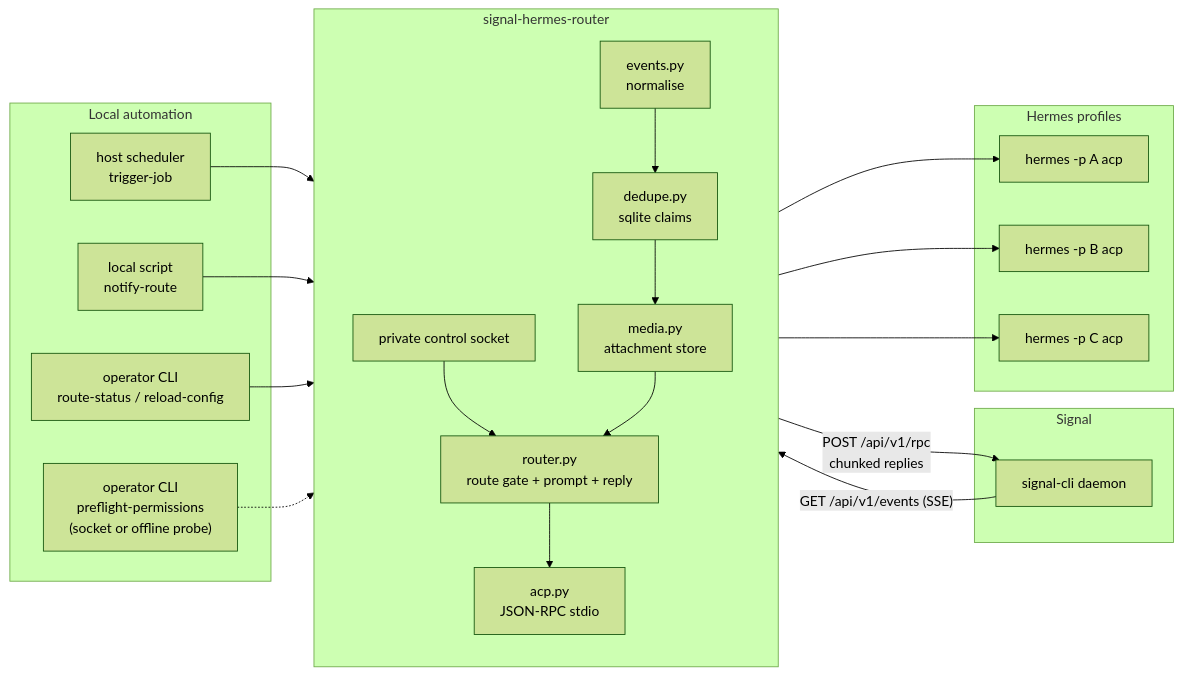
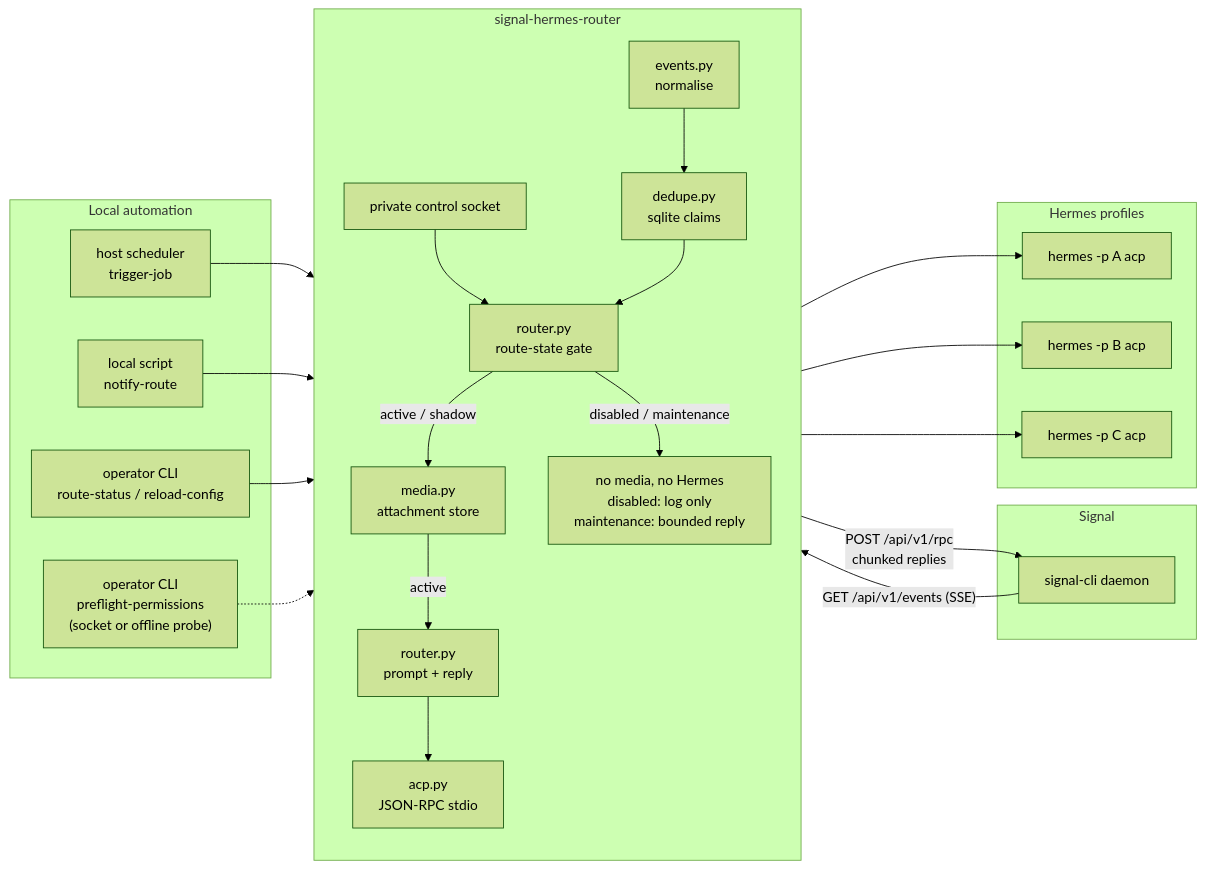
Before and after one commit to deadmanoz/signal-hermes-router: the diagram in README.md, drawn with Mermaid (forest theme). The commit also changed 2 other files, not shown here.

Commit message:
docs: address codex review findings from #82
* docs(readme): show route-state gate before media storage in architecture diagram

* docs(hermes-gateway-tradeoffs): qualify agent-agnostic claim as code-change-only today

* docs(configuration): limit maintenance auto-recovery to breaker overrides in state diagram

````diff
--- a/README.md
+++ b/README.md
@@ -13,41 +13,46 @@
 ```mermaid
 flowchart LR
     subgraph upstream["Signal"]
         cli["signal-cli daemon"]
     end
 
     subgraph local["Local automation"]
         sched["host scheduler<br/>trigger-job"]
         script["local script<br/>notify-route"]
         ops["operator CLI<br/>route-status / reload-config"]
         probe["operator CLI<br/>preflight-permissions<br/>(socket or offline probe)"]
     end
 
     subgraph router["signal-hermes-router"]
         direction TB
         ev["events.py<br/>normalise"]
         dd["dedupe.py<br/>sqlite claims"]
+        gate["router.py<br/>route-state gate"]
         med["media.py<br/>attachment store"]
-        rt["router.py<br/>route gate + prompt + reply"]
+        rt["router.py<br/>prompt + reply"]
         acp["acp.py<br/>JSON-RPC stdio"]
         sock["private control socket"]
-        sock --> rt
-        ev --> dd --> med --> rt --> acp
+        drop["no media, no Hermes<br/>disabled: log only<br/>maintenance: bounded reply"]
+        sock --> gate
+        ev --> dd --> gate
+        gate -- "active / shadow" --> med
+        med -- "active" --> rt --> acp
+        gate -- "disabled / maintenance" --> drop
     end
 
     subgraph profiles["Hermes profiles"]
         pa["hermes -p A acp"]
         pb["hermes -p B acp"]
         pc["hermes -p C acp"]
     end
 
     cli -- "GET /api/v1/events (SSE)" --> ev
     sched --> sock
     script --> sock
     ops --> sock
     probe -.-> sock
     acp --> pa
     acp --> pb
     acp --> pc
     rt -- "POST /api/v1/rpc<br/>chunked replies" --> cli
 ```
````
